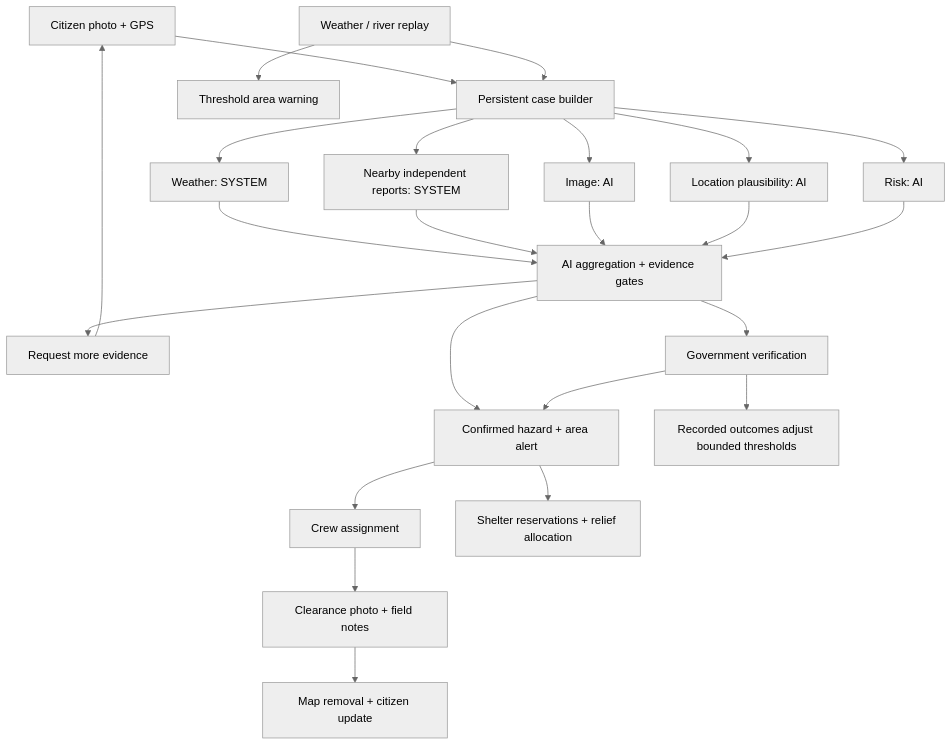
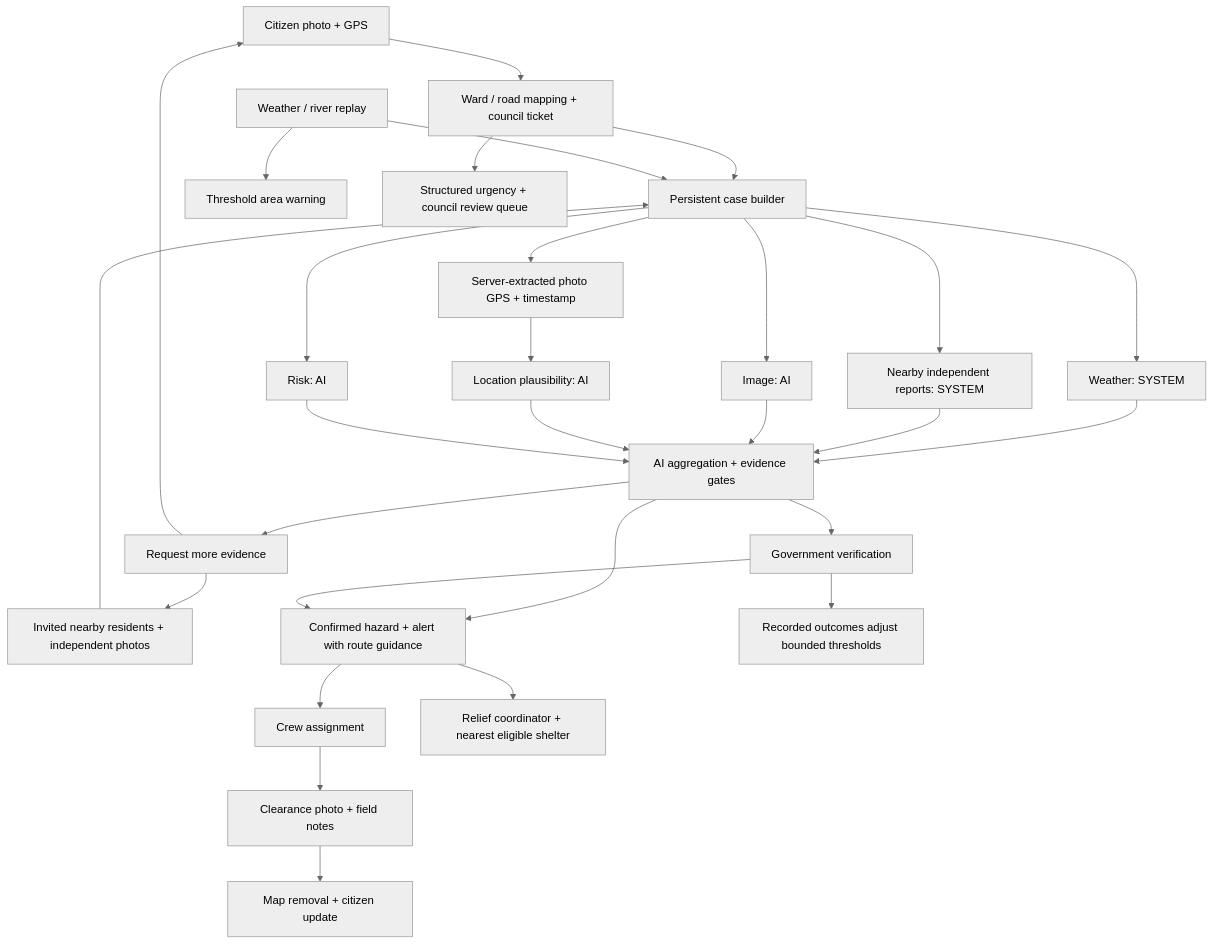
Before and after one commit to sahas-eashan/CrysisConnect-CodeArena26: the diagram in README.md, drawn with Mermaid (neutral theme). The commit also changed other lines of this file and 7 other files, not shown here.

````diff
--- a/README.md
+++ b/README.md
@@ -30,22 +32,27 @@
 ```mermaid
 flowchart TD
-  Citizen[Citizen photo + GPS] --> Case[Persistent case builder]
+  Citizen[Citizen photo + GPS] --> Geography[Ward / road mapping + council ticket]
+  Geography --> Case[Persistent case builder]
   Feed[Weather / river replay] --> Case
   Feed --> Warning[Threshold area warning]
   Case --> Weather[Weather: SYSTEM]
   Case --> Cluster[Nearby independent reports: SYSTEM]
   Case --> Image[Image: AI]
-  Case --> Location[Location plausibility: AI]
+  Case --> Metadata[Server-extracted photo GPS + timestamp]
+  Metadata --> Location[Location plausibility: AI]
   Case --> Risk[Risk: AI]
   Weather & Cluster & Image & Location & Risk --> Verdict[AI aggregation + evidence gates]
   Verdict --> More[Request more evidence]
   More --> Citizen
+  More --> Neighbors[Invited nearby residents + independent photos]
+  Neighbors --> Case
   Verdict --> Review[Government verification]
-  Verdict --> Map[Confirmed hazard + area alert]
+  Verdict --> Map[Confirmed hazard + alert with route guidance]
   Review --> Map
   Map --> Crew[Crew assignment]
   Crew --> Close[Clearance photo + field notes]
   Close --> Update[Map removal + citizen update]
   Review --> Feedback[Recorded outcomes adjust bounded thresholds]
-  Map --> Relief[Shelter reservations + relief allocation]
+  Geography --> Priority[Structured urgency + council review queue]
+  Map --> Relief[Relief coordinator + nearest eligible shelter]
 ```
````
